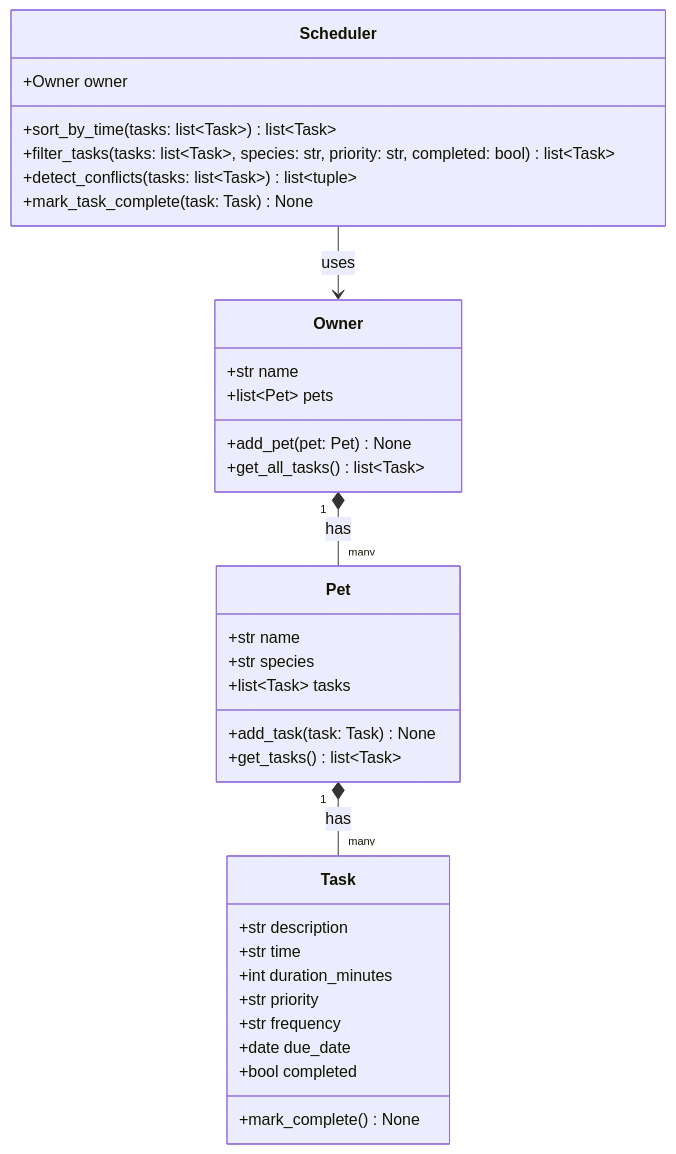
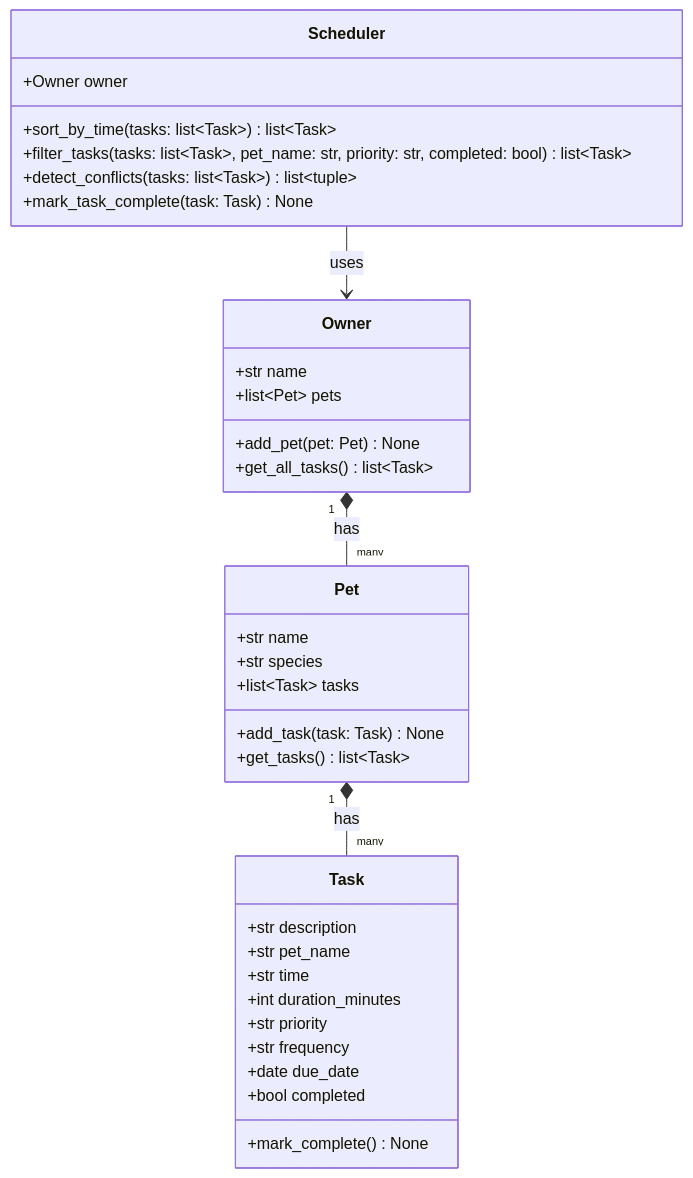
The diagram in diagrams/uml_draft.mmd (Ishancodet/ai110-module2show-pawpal-starter), drawn with Mermaid before and after one commit. The commit also changed 3 other files, not shown here.

Commit message:
feat: add class skeletons with pet_name field and update design docs

```diff
--- a/diagrams/uml_draft.mmd
+++ b/diagrams/uml_draft.mmd
@@ -1,38 +1,39 @@
 classDiagram
     class Task {
         +str description
+        +str pet_name
         +str time
         +int duration_minutes
         +str priority
         +str frequency
         +date due_date
         +bool completed
         +mark_complete() None
     }
 
     class Pet {
         +str name
         +str species
         +list~Task~ tasks
         +add_task(task: Task) None
         +get_tasks() list~Task~
     }
 
     class Owner {
         +str name
         +list~Pet~ pets
         +add_pet(pet: Pet) None
         +get_all_tasks() list~Task~
     }
 
     class Scheduler {
         +Owner owner
         +sort_by_time(tasks: list~Task~) list~Task~
-        +filter_tasks(tasks: list~Task~, species: str, priority: str, completed: bool) list~Task~
+        +filter_tasks(tasks: list~Task~, pet_name: str, priority: str, completed: bool) list~Task~
         +detect_conflicts(tasks: list~Task~) list~tuple~
         +mark_task_complete(task: Task) None
     }
 
     Owner "1" *-- "many" Pet : has
     Pet "1" *-- "many" Task : has
     Scheduler --> Owner : uses
```
